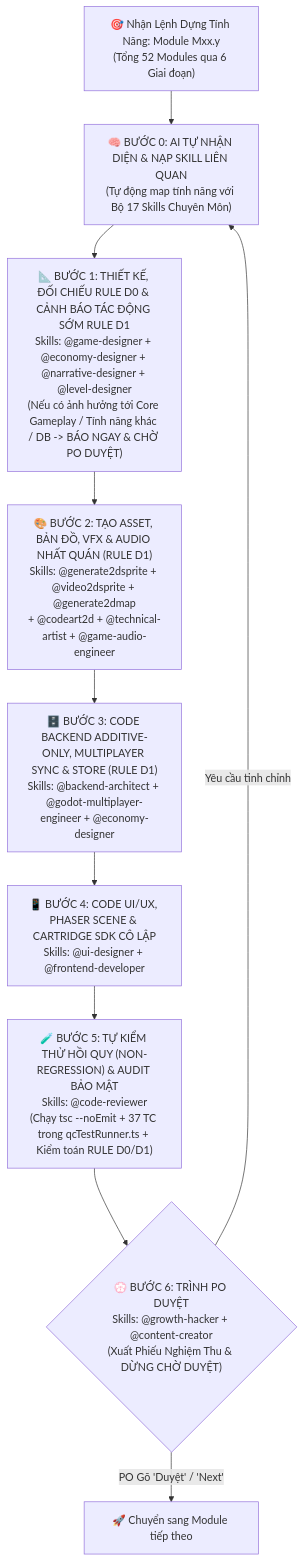
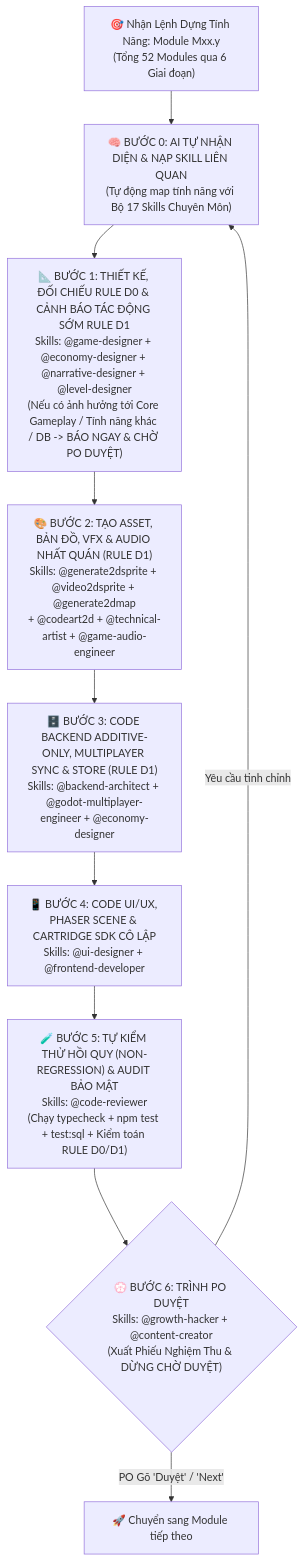
One commit to ducpham2806/VAC_Online changed the diagram in 10_MASTER_AI_PLAYBOOK_Quy_Trinh_AI_Tu_Dong_Dung_Tung_Tinh_Nang.md. Above: the diagram before and after it, drawn with Mermaid. The commit also changed other lines of this file and 9 other files, not shown here.

````diff
--- a/10_MASTER_AI_PLAYBOOK_Quy_Trinh_AI_Tu_Dong_Dung_Tung_Tinh_Nang.md
+++ b/10_MASTER_AI_PLAYBOOK_Quy_Trinh_AI_Tu_Dong_Dung_Tung_Tinh_Nang.md
@@ -13,13 +13,13 @@
 ```mermaid
 flowchart TD
     Input["🎯 Nhận Lệnh Dựng Tính Năng: Module Mxx.y\n(Tổng 52 Modules qua 6 Giai đoạn)"] --> Detect["🧠 BƯỚC 0: AI TỰ NHẬN DIỆN & NẠP SKILL LIÊN QUAN\n(Tự động map tính năng với Bộ 17 Skills Chuyên Môn)"]
 
     Detect --> S1["📐 BƯỚC 1: THIẾT KẾ, ĐỐI CHIẾU RULE D0 & CẢNH BÁO TÁC ĐỘNG SỚM RULE D1\nSkills: @game-designer + @economy-designer + @narrative-designer + @level-designer\n(Nếu có ảnh hưởng tới Core Gameplay / Tính năng khác / DB -> BÁO NGAY & CHỜ PO DUYỆT)"]
     S1 --> S2["🎨 BƯỚC 2: TẠO ASSET, BẢN ĐỒ, VFX & AUDIO NHẤT QUÁN (RULE D1)\nSkills: @generate2dsprite + @video2dsprite + @generate2dmap\n+ @codeart2d + @technical-artist + @game-audio-engineer"]
     S2 --> S3["🗄️ BƯỚC 3: CODE BACKEND ADDITIVE-ONLY, MULTIPLAYER SYNC & STORE (RULE D1)\nSkills: @backend-architect + @godot-multiplayer-engineer + @economy-designer"]
     S3 --> S4["📱 BƯỚC 4: CODE UI/UX, PHASER SCENE & CARTRIDGE SDK CÔ LẬP\nSkills: @ui-designer + @frontend-developer"]
-    S4 --> S5["🧪 BƯỚC 5: TỰ KIỂM THỬ HỒI QUY (NON-REGRESSION) & AUDIT BẢO MẬT\nSkills: @code-reviewer\n(Chạy tsc --noEmit + 37 TC trong qcTestRunner.ts + Kiểm toán RULE D0/D1)"]
+    S4 --> S5["🧪 BƯỚC 5: TỰ KIỂM THỬ HỒI QUY (NON-REGRESSION) & AUDIT BẢO MẬT\nSkills: @code-reviewer\n(Chạy typecheck + npm test + test:sql + Kiểm toán RULE D0/D1)"]
     S5 --> S6{"💮 BƯỚC 6: TRÌNH PO DUYỆT\nSkills: @growth-hacker + @content-creator\n(Xuất Phiếu Nghiệm Thu & DỪNG CHỜ DUYỆT)"}
     S6 -- "Yêu cầu tinh chỉnh" --> Detect
     S6 -- "PO Gõ 'Duyệt' / 'Next'" --> Next["🚀 Chuyển sang Module tiếp theo"]
 ```
````
